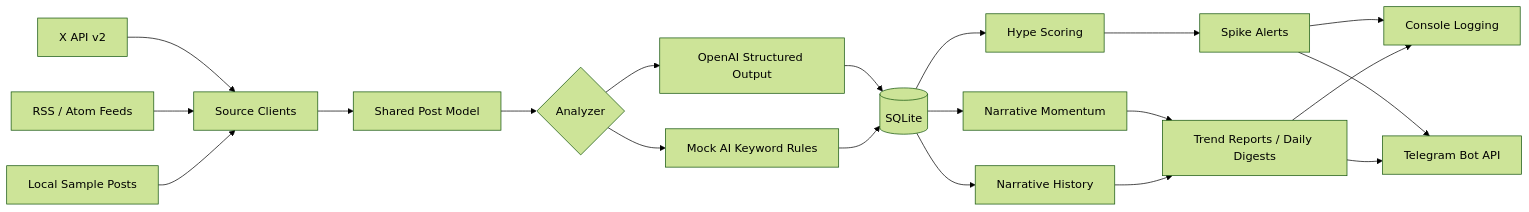
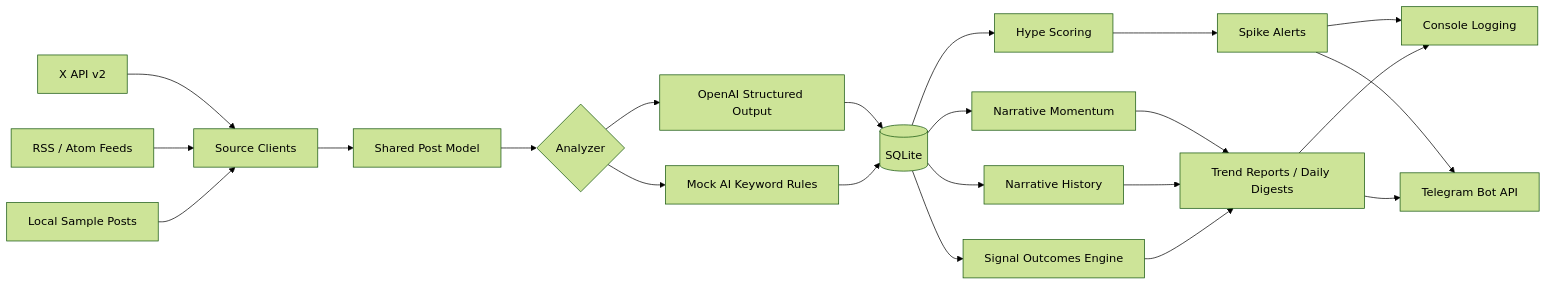
Before and after one commit to NBSq/X-tracker: the diagram in README.md, drawn with Mermaid (forest theme). The commit also changed other lines of this file and 8 other files, not shown here.

Commit message:
Add signal outcomes evaluation engine

````diff
--- a/README.md
+++ b/README.md
@@ -35,27 +35,29 @@
 ```mermaid
 flowchart LR
     X["X API v2"] --> Sources["Source Clients"]
     RSS["RSS / Atom Feeds"] --> Sources
     Local["Local Sample Posts"] --> Sources
 
     Sources --> Posts["Shared Post Model"]
     Posts --> Analyzer{"Analyzer"}
     Analyzer --> OpenAI["OpenAI Structured Output"]
     Analyzer --> MockAI["Mock AI Keyword Rules"]
 
     OpenAI --> DB[("SQLite")]
     MockAI --> DB
 
     DB --> Hype["Hype Scoring"]
     DB --> Momentum["Narrative Momentum"]
     DB --> History["Narrative History"]
+    DB --> Outcomes["Signal Outcomes Engine"]
 
     Hype --> Alerts["Spike Alerts"]
     Momentum --> Reports["Trend Reports / Daily Digests"]
     History --> Reports
+    Outcomes --> Reports
 
     Alerts --> Console["Console Logging"]
     Alerts --> Telegram["Telegram Bot API"]
     Reports --> Console
     Reports --> Telegram
 ```
````
